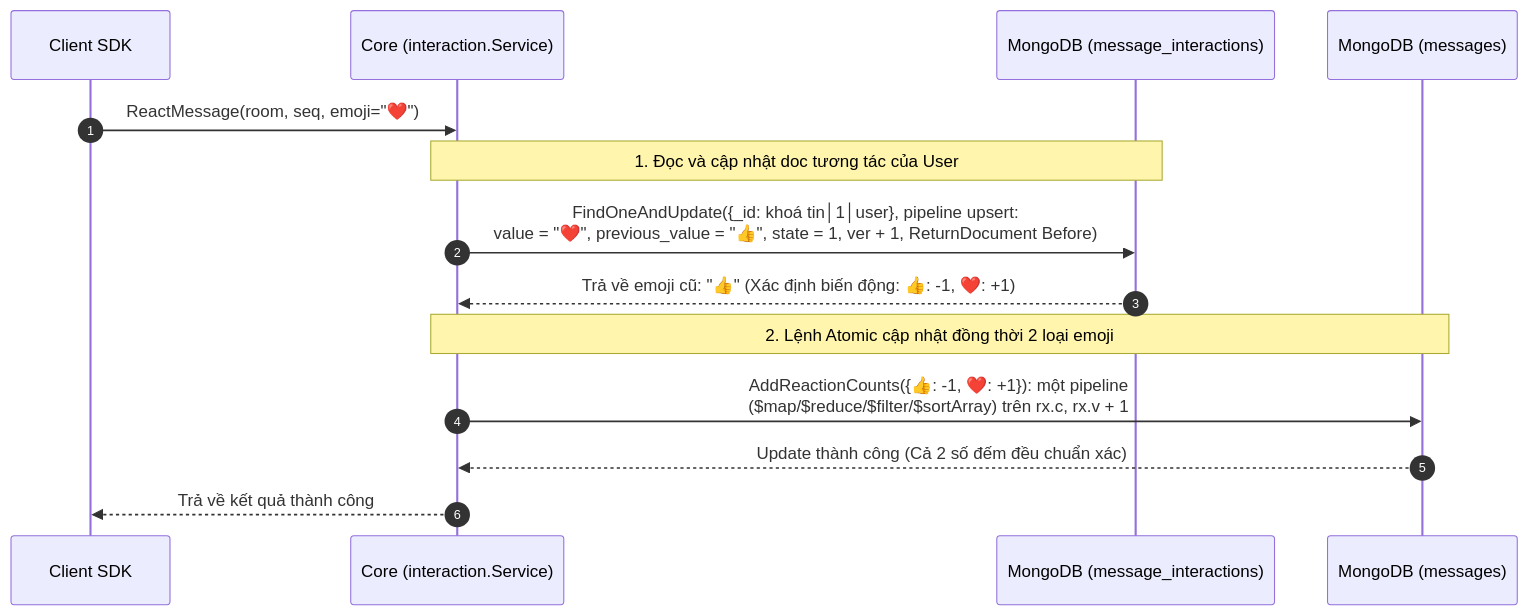
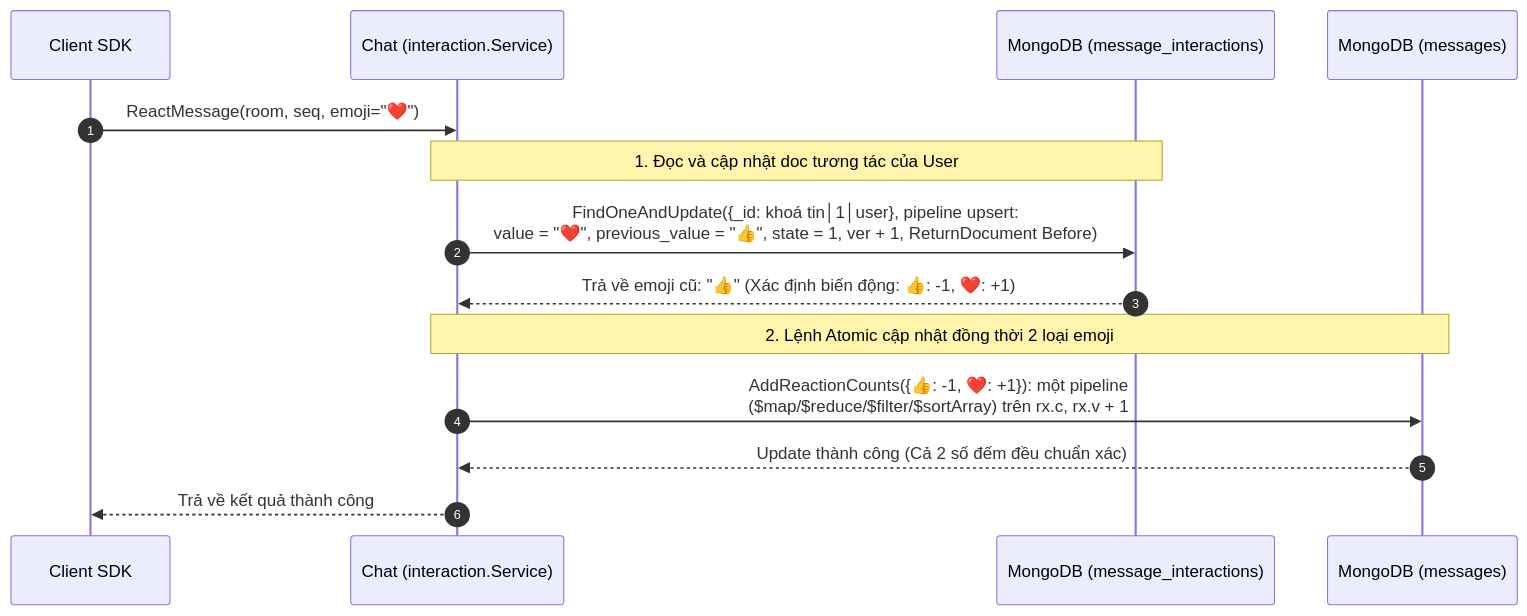
The third of 3 diagrams in docs/modules/04-feature-reactions-pins-and-bookmarks.md (ivannguyendev/chatim), drawn with Mermaid before and after one commit. The commit also changed other lines of this file and 332 other files, not shown here.

````diff
--- a/docs/modules/04-feature-reactions-pins-and-bookmarks.md
+++ b/docs/modules/04-feature-reactions-pins-and-bookmarks.md
@@ -97,19 +97,19 @@
 ```mermaid
 sequenceDiagram
     autonumber
     participant Client as Client SDK
-    participant Core as Core (interaction.Service)
+    participant Chat as Chat (interaction.Service)
     participant Inter as MongoDB (message_interactions)
     participant Msgs as MongoDB (messages)
 
-    Client->>Core: ReactMessage(room, seq, emoji="❤️")
-    Note over Core,Inter: 1. Đọc và cập nhật doc tương tác của User
-    Core->>Inter: FindOneAndUpdate({_id: khoá tin│1│user}, pipeline upsert:<br/>value = "❤️", previous_value = "👍", state = 1, ver + 1, ReturnDocument Before)
-    Inter-->>Core: Trả về emoji cũ: "👍" (Xác định biến động: 👍: -1, ❤️: +1)
+    Client->>Chat: ReactMessage(room, seq, emoji="❤️")
+    Note over Chat,Inter: 1. Đọc và cập nhật doc tương tác của User
+    Chat->>Inter: FindOneAndUpdate({_id: khoá tin│1│user}, pipeline upsert:<br/>value = "❤️", previous_value = "👍", state = 1, ver + 1, ReturnDocument Before)
+    Inter-->>Chat: Trả về emoji cũ: "👍" (Xác định biến động: 👍: -1, ❤️: +1)
 
-    Note over Core,Msgs: 2. Lệnh Atomic cập nhật đồng thời 2 loại emoji
-    Core->>Msgs: AddReactionCounts({👍: -1, ❤️: +1}): một pipeline<br/>($map/$reduce/$filter/$sortArray) trên rx.c, rx.v + 1
-    Msgs-->>Core: Update thành công (Cả 2 số đếm đều chuẩn xác)
+    Note over Chat,Msgs: 2. Lệnh Atomic cập nhật đồng thời 2 loại emoji
+    Chat->>Msgs: AddReactionCounts({👍: -1, ❤️: +1}): một pipeline<br/>($map/$reduce/$filter/$sortArray) trên rx.c, rx.v + 1
+    Msgs-->>Chat: Update thành công (Cả 2 số đếm đều chuẩn xác)
 
-    Core-->>Client: Trả về kết quả thành công
+    Chat-->>Client: Trả về kết quả thành công
 ```
````
